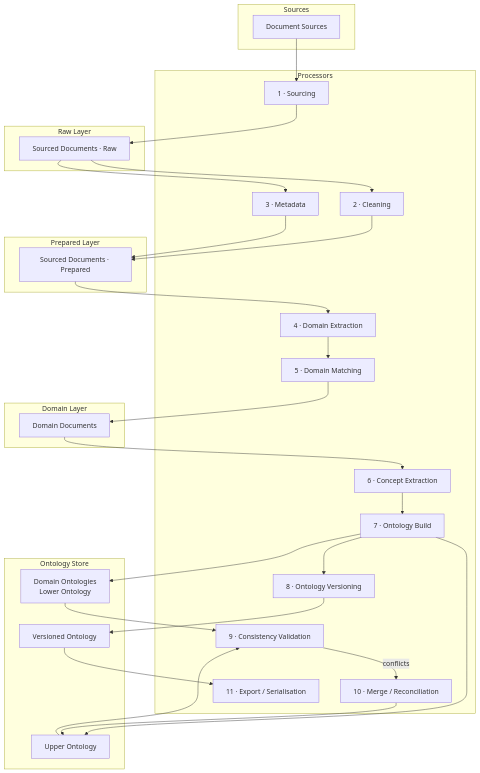
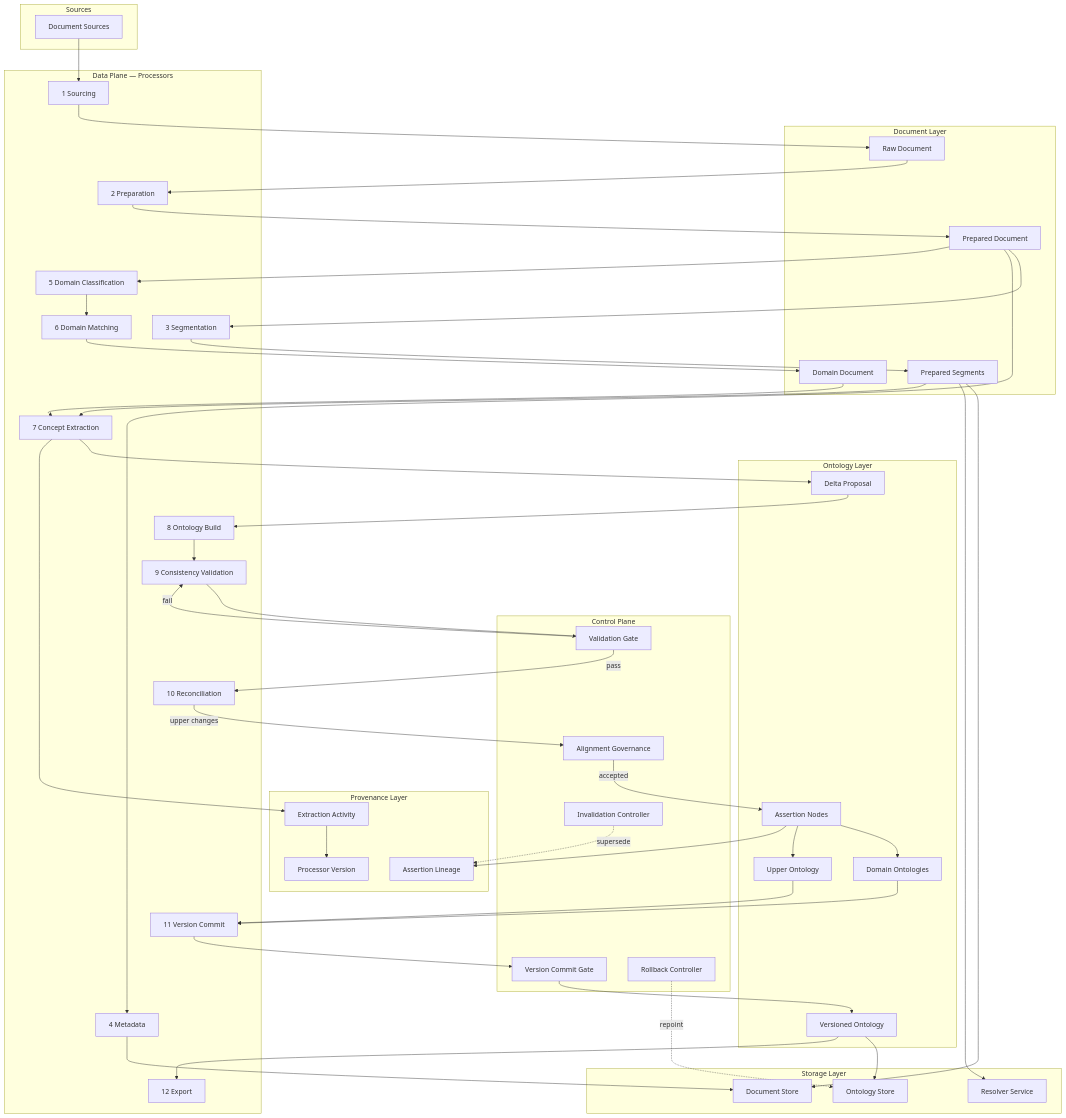
Before and after one commit to davidamitchell/Memory-System: the first of 2 diagrams in docs/design/ontology-system-design.md, drawn with Mermaid. The commit also changed other lines of this file and 5 other files, not shown here.

Commit message:
design: add ADR-0004 provenance/control-plane, update design doc to v2, supersede ADR-0003

````diff
--- a/docs/design/ontology-system-design.md
+++ b/docs/design/ontology-system-design.md
@@ -75,62 +117,87 @@
         DS[Document Sources]
     end
 
-    subgraph Raw_Layer["Raw Layer"]
-        SDR[Sourced Documents · Raw]
+    subgraph Doc_Layer["Document Layer"]
+        RAW[Raw Document]
+        PREP[Prepared Document]
+        SEG[Prepared Segments]
+        DD[Domain Document]
     end
 
-    subgraph Prepared_Layer["Prepared Layer"]
-        SDP[Sourced Documents · Prepared]
+    subgraph Prov_Layer["Provenance Layer"]
+        EA[Extraction Activity]
+        PV[Processor Version]
+        AL[Assertion Lineage]
     end
 
-    subgraph Domain_Layer["Domain Layer"]
-        DD[Domain Documents]
-    end
-
-    subgraph Ontology_Store["Ontology Store"]
-        DO[Domain Ontologies\nLower Ontology]
+    subgraph Ont_Layer["Ontology Layer"]
+        DP[Delta Proposal]
+        AN[Assertion Nodes]
+        DO[Domain Ontologies]
         UO[Upper Ontology]
         VO[Versioned Ontology]
     end
 
-    subgraph Processors
-        P1[1 · Sourcing]
-        P2[2 · Cleaning]
-        P3[3 · Metadata]
-        P4[4 · Domain Extraction]
-        P5[5 · Domain Matching]
-        P6[6 · Concept Extraction]
-        P7[7 · Ontology Build]
-        P8[8 · Ontology Versioning]
-        P9[9 · Consistency Validation]
-        P10[10 · Merge / Reconciliation]
-        P11[11 · Export / Serialisation]
+    subgraph Store["Storage Layer"]
+        DSTORE[Document Store]
+        OSTORE[Ontology Store]
+        RS[Resolver Service]
     end
 
-    DS --> P1
-    P1 --> SDR
+    subgraph Control["Control Plane"]
+        VG[Validation Gate]
+        AG[Alignment Governance]
+        VCG[Version Commit Gate]
+        RC[Rollback Controller]
+        IC[Invalidation Controller]
+    end
 
-    SDR --> P2
-    SDR --> P3
-    P2 --> SDP
-    P3 --> SDP
+    subgraph Pipeline["Data Plane — Processors"]
+        P1[1 Sourcing]
+        P2[2 Preparation]
+        P3[3 Segmentation]
+        P4[4 Metadata]
+        P5[5 Domain Classification]
+        P6[6 Domain Matching]
+        P7[7 Concept Extraction]
+        P8[8 Ontology Build]
+        P9[9 Consistency Validation]
+        P10[10 Reconciliation]
+        P11[11 Version Commit]
+        P12[12 Export]
+    end
 
-    SDP --> P4
-    P4 --> P5
-    P5 --> DD
+    DS --> P1 --> RAW
+    RAW --> P2 --> PREP
+    PREP --> P3 --> SEG
+    PREP --> P4
+    P4 --> DSTORE
+    SEG --> DSTORE
+    SEG --> RS
 
-    DD --> P6
-    P6 --> P7
-    P7 --> DO
-    P7 --> UO
+    PREP --> P5 --> P6 --> DD
+    DD --> P7
+    SEG --> P7
+    P7 --> DP
+    P7 --> EA
+    EA --> PV
 
-    DO --> P9
-    UO --> P9
-    P9 -->|conflicts| P10
-    P10 --> UO
+    DP --> P8 --> P9
+    P9 --> VG
+    VG -->|pass| P10
+    VG -->|fail| P9
+    P10 -->|upper changes| AG
+    AG -->|accepted| AN
+    AN --> DO
+    AN --> UO
+    AN --> AL
 
-    P7 --> P8
-    P8 --> VO
+    DO --> P11
+    UO --> P11
+    P11 --> VCG --> VO
+    VO --> OSTORE
+    VO --> P12
 
-    VO --> P11
+    RC -.->|repoint| OSTORE
+    IC -.->|supersede| AL
 ```
````
